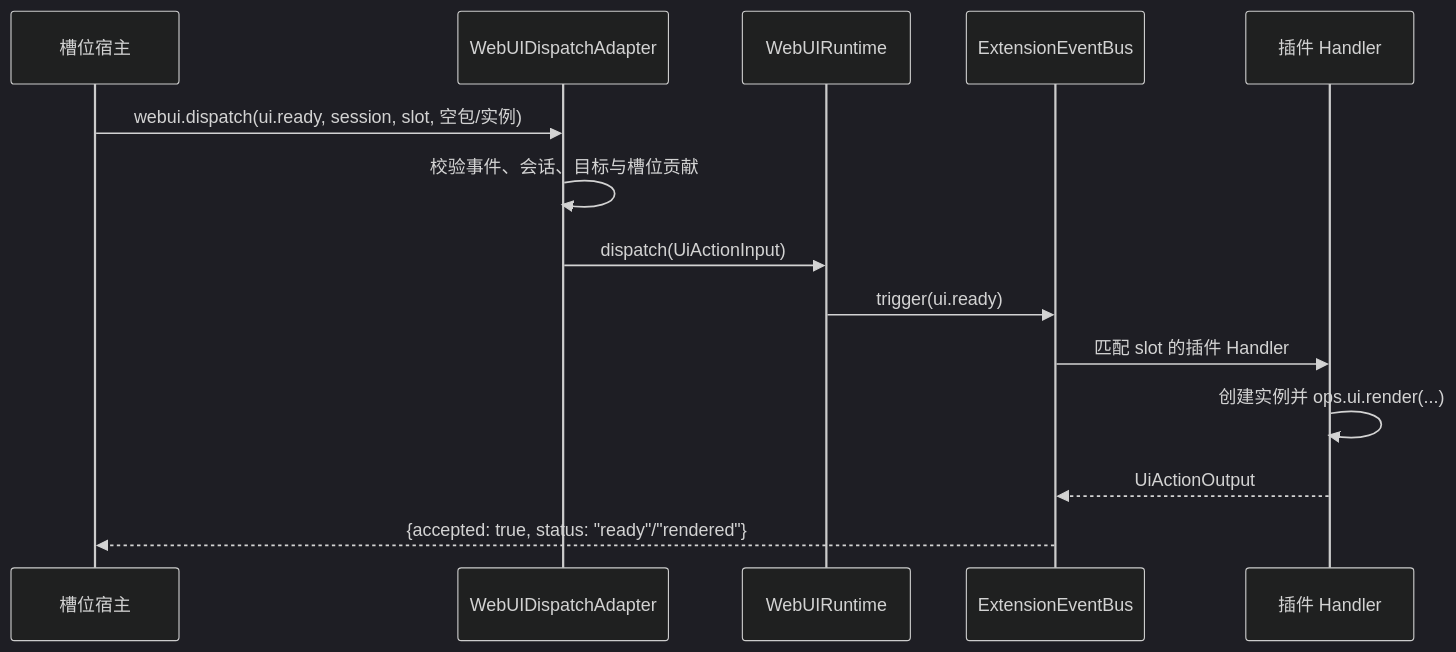
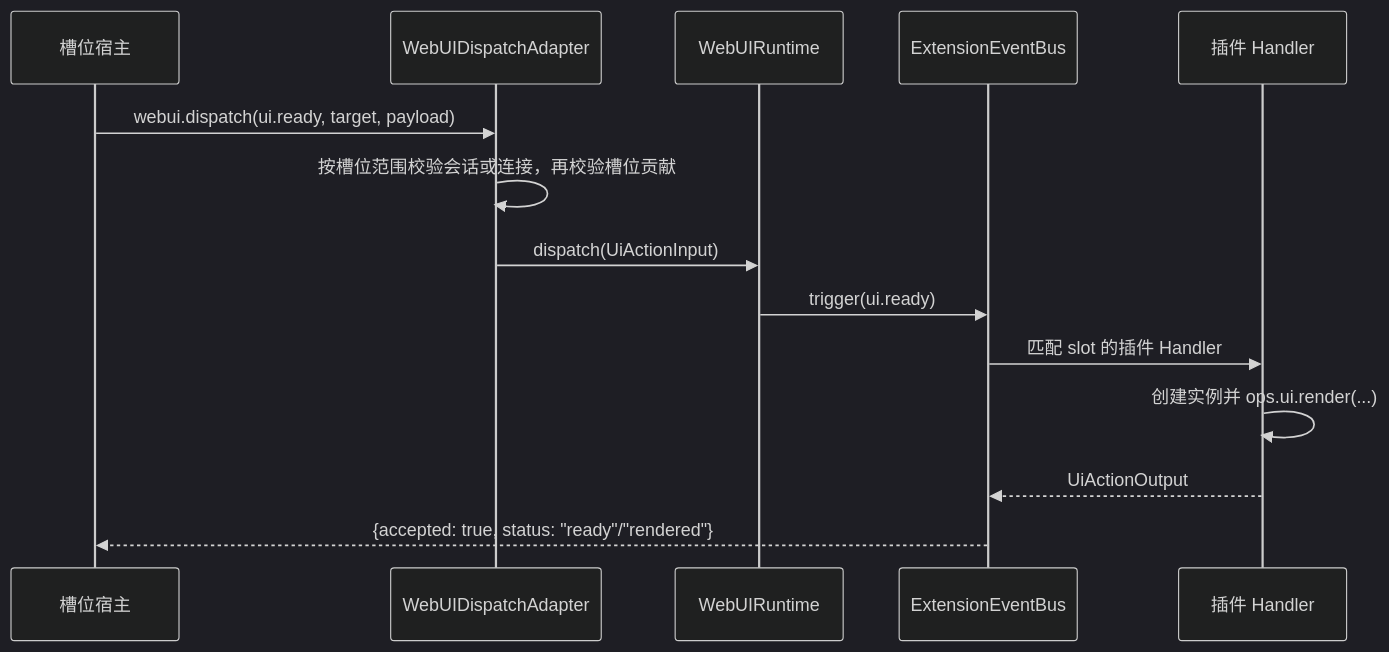
One commit to openJiuwen-ai/jiuwenswarm changed the second of 2 diagrams in jiuwenswarm/extensions_v2/docs/features/F_07_ui-contributions.md. Above: the diagram before and after it, drawn with Mermaid (dark theme). The commit also changed other lines of this file and 20 other files, not shown here.

Commit message:
fix(webui): render slots that are not bound to a chat session

````diff
--- a/jiuwenswarm/extensions_v2/docs/features/F_07_ui-contributions.md
+++ b/jiuwenswarm/extensions_v2/docs/features/F_07_ui-contributions.md
@@ -100,17 +121,17 @@
 ```mermaid
 sequenceDiagram
     participant FE as 槽位宿主
     participant AD as WebUIDispatchAdapter
     participant RT as WebUIRuntime
     participant B as ExtensionEventBus
     participant P as 插件 Handler
 
-    FE->>AD: webui.dispatch(ui.ready, session, slot, 空包/实例)
-    AD->>AD: 校验事件、会话、目标与槽位贡献
+    FE->>AD: webui.dispatch(ui.ready, target, payload)
+    AD->>AD: 按槽位范围校验会话或连接，再校验槽位贡献
     AD->>RT: dispatch(UiActionInput)
     RT->>B: trigger(ui.ready)
     B->>P: 匹配 slot 的插件 Handler
     P->>P: 创建实例并 ops.ui.render(...)
     P-->>B: UiActionOutput
     B-->>FE: {accepted: true, status: "ready"/"rendered"}
 ```
````
